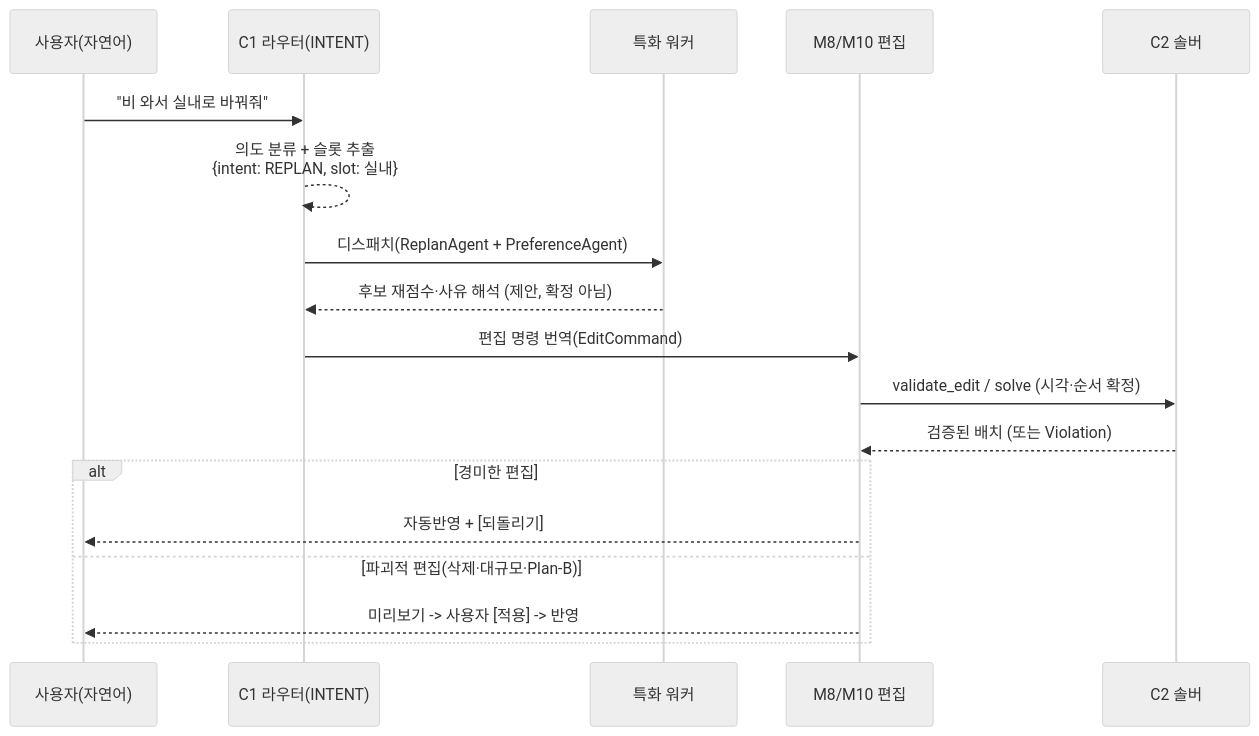
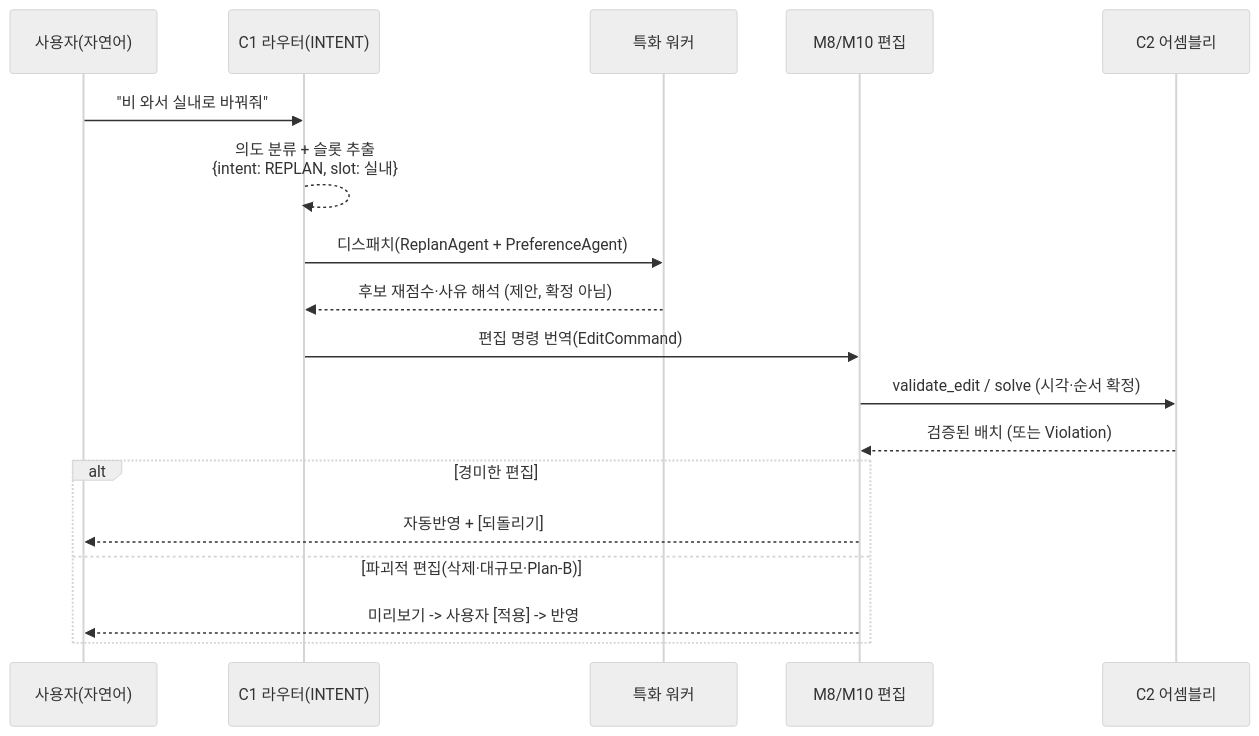
The third of 3 diagrams in ai/aidlc-docs/inception/design-artifacts/ai-implementation-design.md (ASM-TripPilot/trippilot), drawn with Mermaid (neutral theme) before and after one commit. The commit also changed other lines of this file and 148 other files, not shown here.

````diff
--- a/ai/aidlc-docs/inception/design-artifacts/ai-implementation-design.md
+++ b/ai/aidlc-docs/inception/design-artifacts/ai-implementation-design.md
@@ -255,20 +255,20 @@
 ```mermaid
 sequenceDiagram
     participant U as 사용자(자연어)
     participant R as C1 라우터(INTENT)
     participant W as 특화 워커
     participant M8 as M8/M10 편집
-    participant C2 as C2 솔버
+    participant C2 as C2 어셈블리
     U->>R: "비 와서 실내로 바꿔줘"
     R-->>R: 의도 분류 + 슬롯 추출<br/>{intent: REPLAN, slot: 실내}
     R->>W: 디스패치(ReplanAgent + PreferenceAgent)
     W-->>R: 후보 재점수·사유 해석 (제안, 확정 아님)
     R->>M8: 편집 명령 번역(EditCommand)
     M8->>C2: validate_edit / solve (시각·순서 확정)
     C2-->>M8: 검증된 배치 (또는 Violation)
     alt 경미한 편집
         M8-->>U: 자동반영 + [되돌리기]
     else 파괴적 편집(삭제·대규모·Plan-B)
         M8-->>U: 미리보기 -> 사용자 [적용] -> 반영
     end
 ```
````
